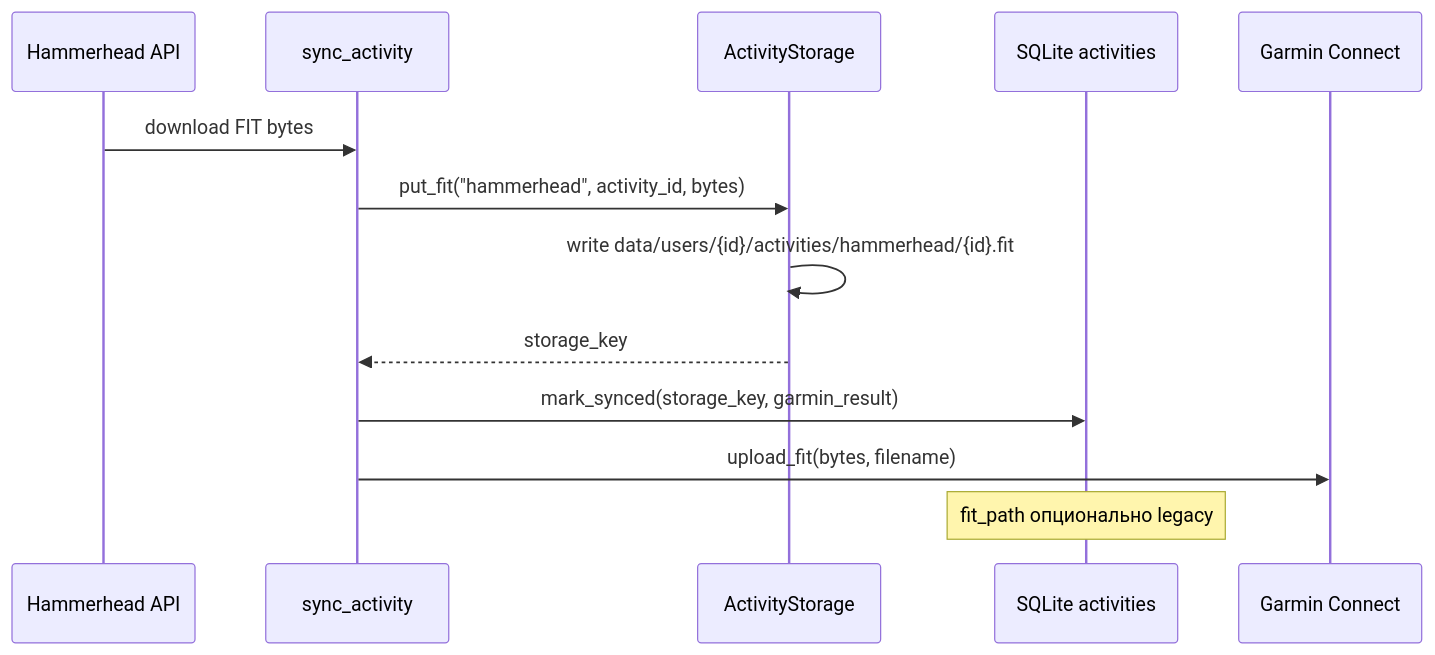
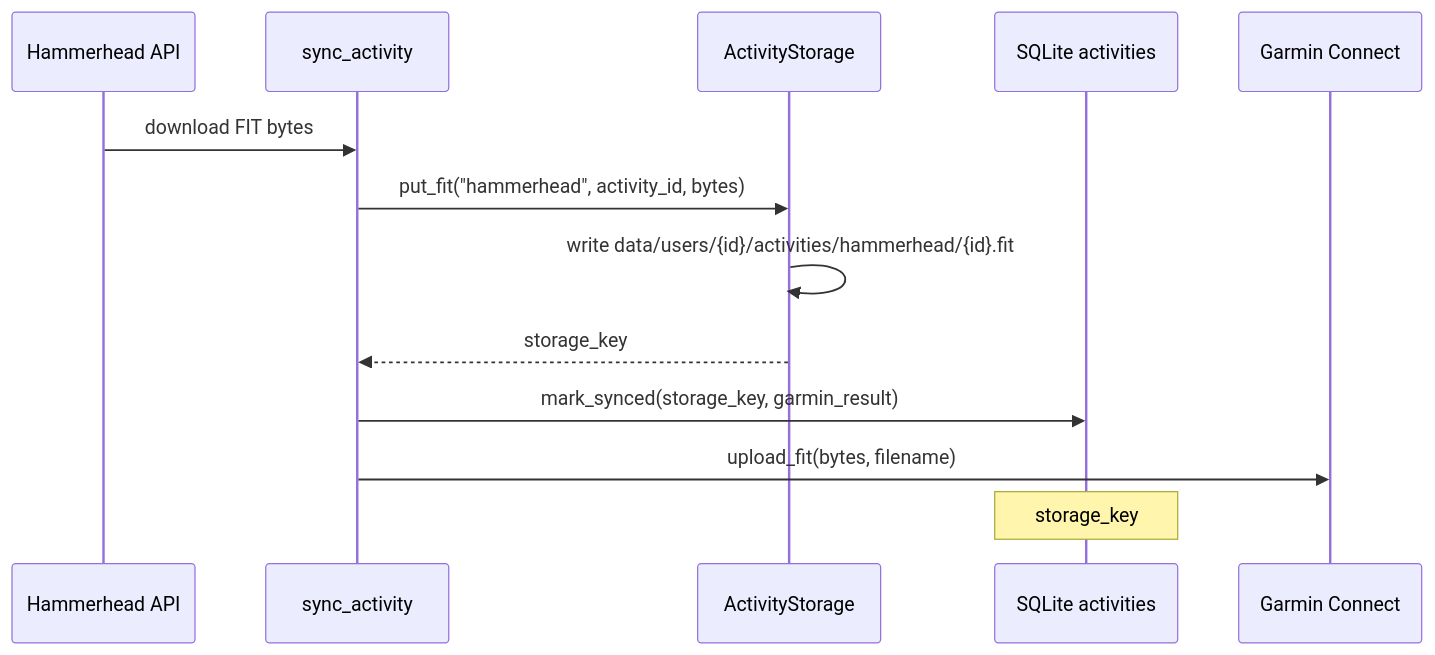
The diagram in docs/STORAGE.md (segallar/fit-sinc), drawn with Mermaid before and after one commit. The commit also changed other lines of this file and 35 other files, not shown here.

First line of the commit message:
release(v0.6.0): activities-first cabinet, legacy removal, roadmap

````diff
--- a/docs/STORAGE.md
+++ b/docs/STORAGE.md
@@ -32,16 +32,16 @@
 ```mermaid
 sequenceDiagram
   participant HH as Hammerhead API
   participant Sync as sync_activity
   participant AS as ActivityStorage
   participant DB as SQLite activities
   participant GC as Garmin Connect
 
   HH->>Sync: download FIT bytes
   Sync->>AS: put_fit("hammerhead", activity_id, bytes)
   AS->>AS: write data/users/{id}/activities/hammerhead/{id}.fit
   AS-->>Sync: storage_key
   Sync->>DB: mark_synced(storage_key, garmin_result)
   Sync->>GC: upload_fit(bytes, filename)
-  Note over DB: fit_path опционально legacy
+  Note over DB: storage_key
 ```
````
